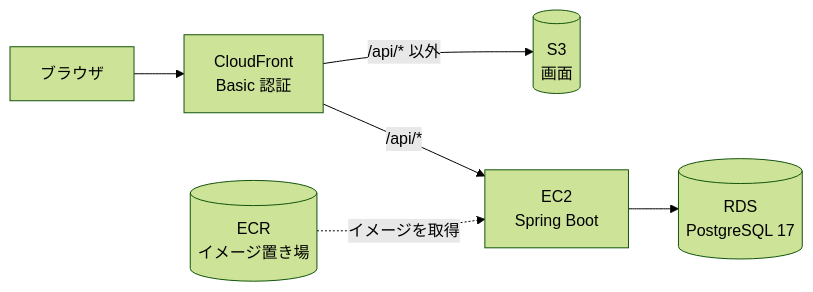
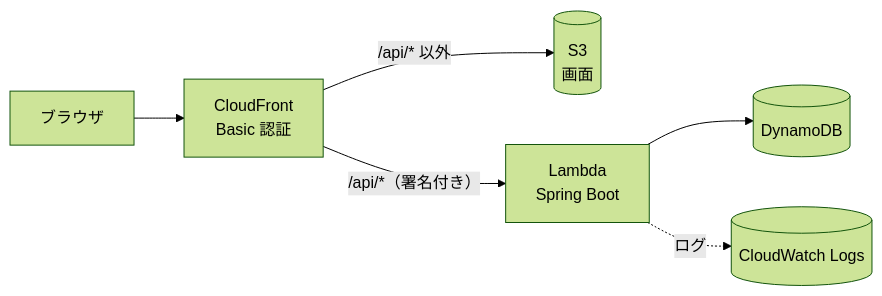
One commit to mk242329/taskmanagement changed the first of 2 diagrams in docs/aws-deploy-guide.md. Above: the diagram before and after it, drawn with Mermaid (forest theme). The commit also changed other lines of this file and 52 other files, not shown here.

First line of the commit message:
AWS の構成を無料枠（Lambda・DynamoDB）に収まる形に変える (#44)

````diff
--- a/docs/aws-deploy-guide.md
+++ b/docs/aws-deploy-guide.md
@@ -48,8 +49,8 @@
 ```mermaid
 flowchart LR
     Browser[ブラウザ] --> CF[CloudFront<br>Basic 認証]
     CF -- "/api/* 以外" --> S3[(S3<br>画面)]
-    CF -- "/api/*" --> EC2[EC2<br>Spring Boot]
-    EC2 --> RDS[(RDS<br>PostgreSQL 17)]
-    ECR[(ECR<br>イメージ置き場)] -. "イメージを取得" .-> EC2
+    CF -- "/api/*（署名付き）" --> Lambda[Lambda<br>Spring Boot]
+    Lambda --> DDB[(DynamoDB)]
+    Lambda -. "ログ" .-> Logs[(CloudWatch Logs)]
 ```
````
